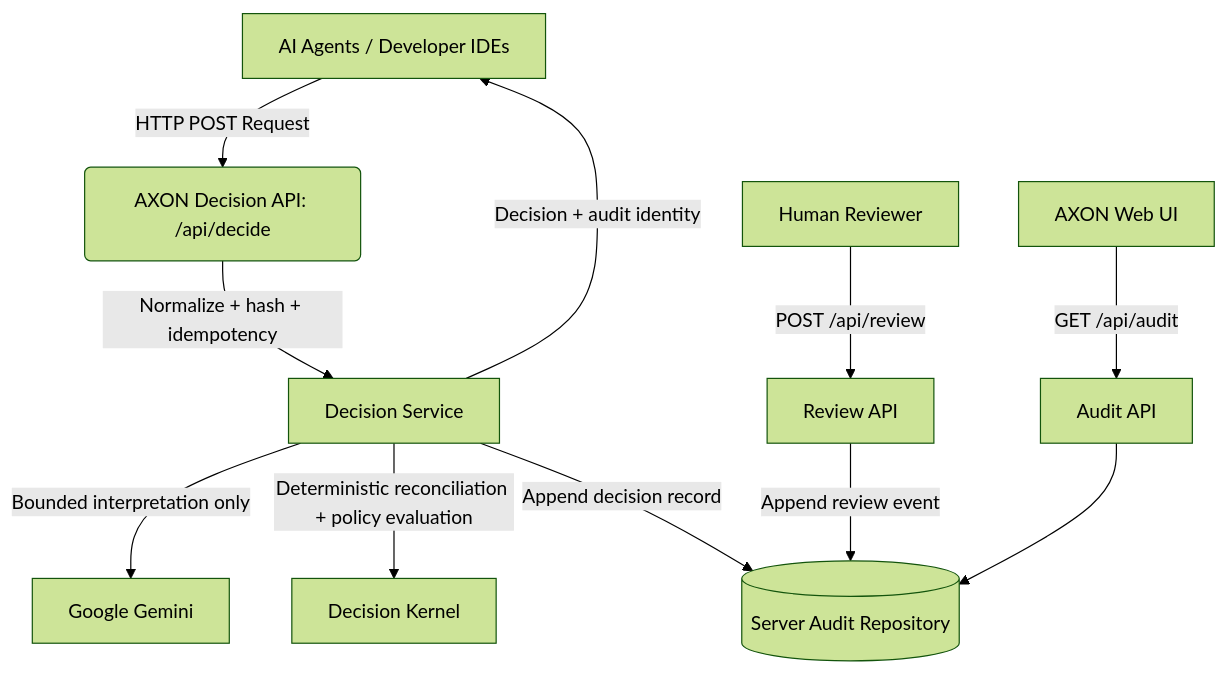
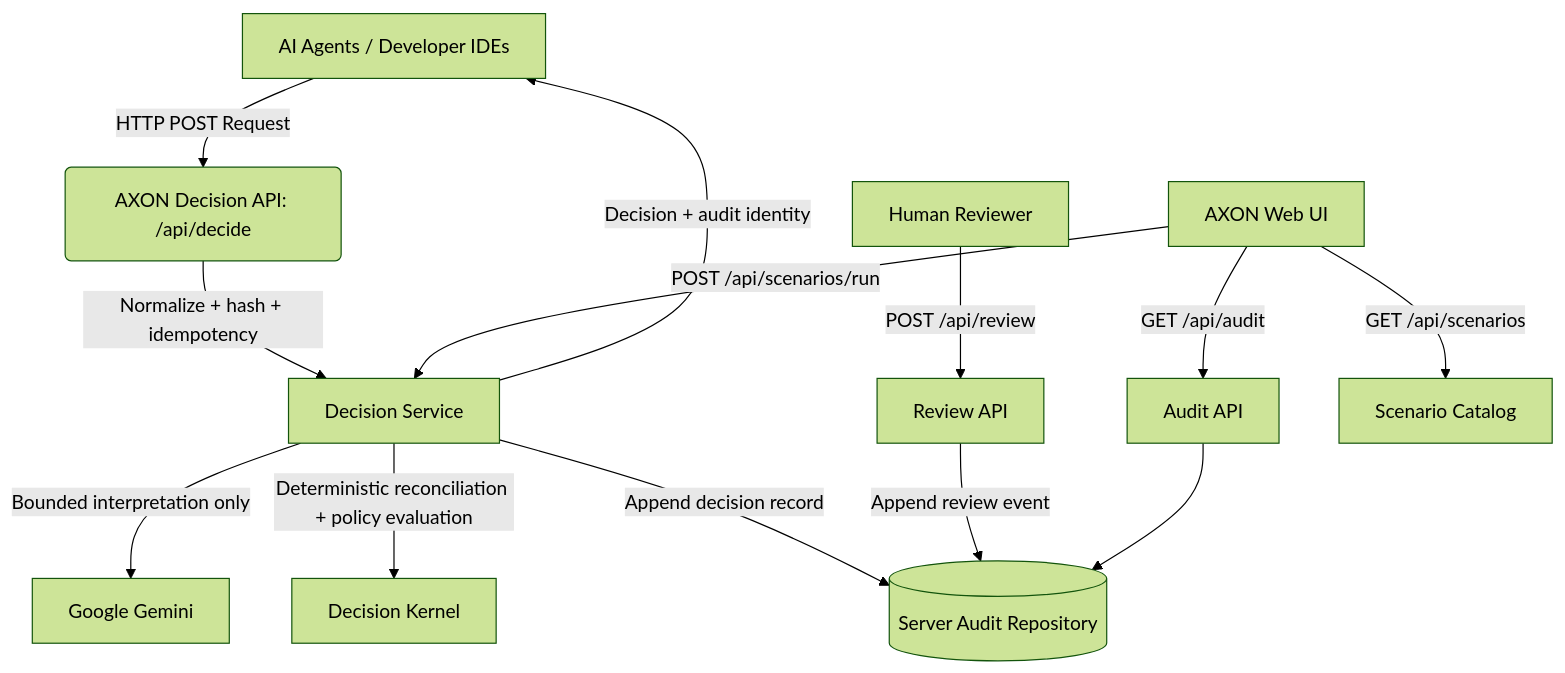
One commit to obadadallo95/AXON-Decision-Engine changed the diagram in docs/architecture.md. Above: the diagram before and after it, drawn with Mermaid (forest theme). The commit also changed other lines of this file and 24 other files, not shown here.

````diff
--- a/docs/architecture.md
+++ b/docs/architecture.md
@@ -7,13 +7,15 @@
 ```mermaid
 graph TD
     A[AI Agents / Developer IDEs] -->|HTTP POST Request| B(AXON Decision API: /api/decide)
     B -->|Normalize + hash + idempotency| C[Decision Service]
     C -->|Bounded interpretation only| D[Google Gemini]
     C -->|Deterministic reconciliation + policy evaluation| E[Decision Kernel]
     C -->|Append decision record| F[(Server Audit Repository)]
     G[Human Reviewer] -->|POST /api/review| H[Review API]
     H -->|Append review event| F
     I[AXON Web UI] -->|GET /api/audit| J[Audit API]
     J --> F
     C -->|Decision + audit identity| A
+    I -->|GET /api/scenarios| K[Scenario Catalog]
+    I -->|POST /api/scenarios/run| C
 ```
````
